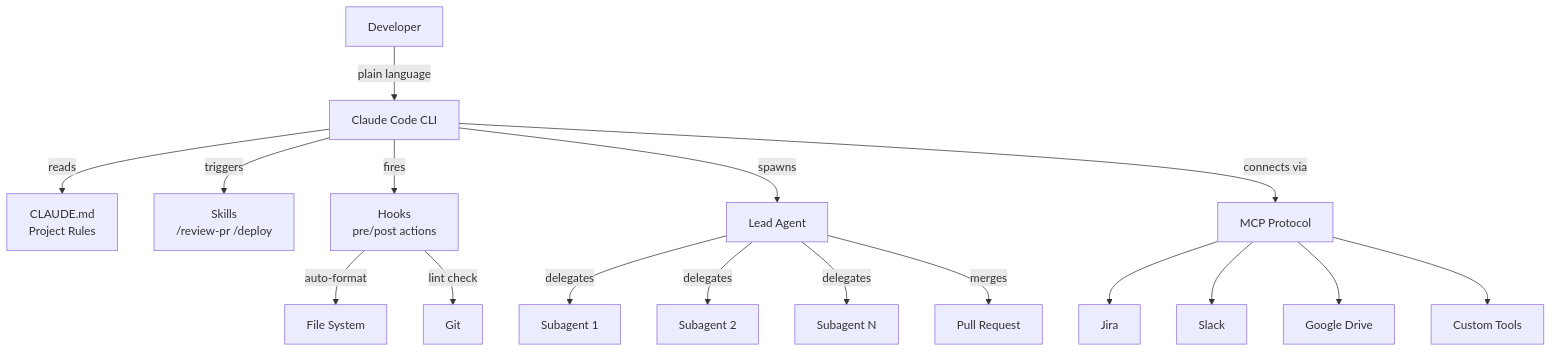
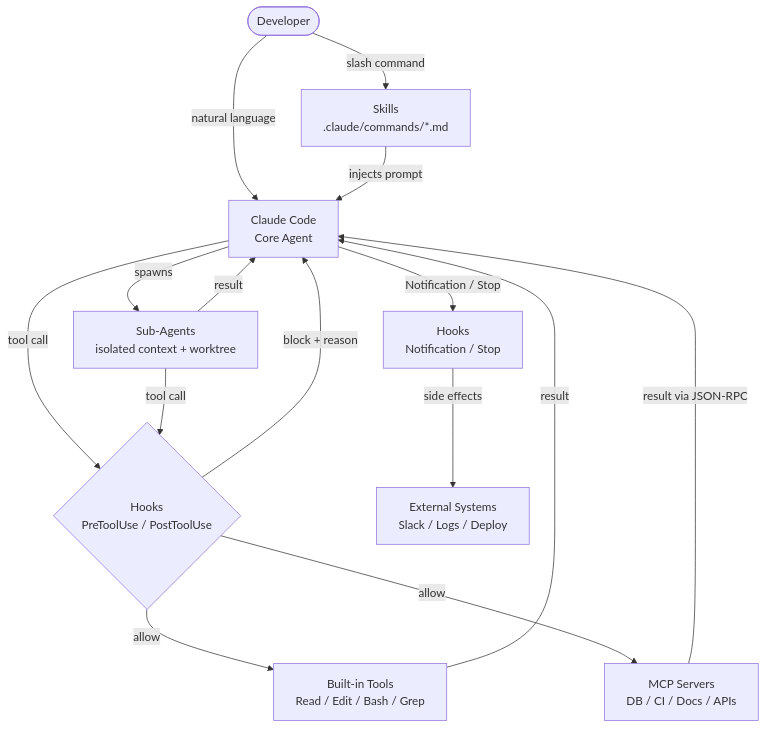
One commit to morphph/loreai-v2 changed the first of 2 diagrams in content/blog/en/claude-code-extension-stack-skills-hooks-agents-mcp.md. Above: the diagram before and after it, drawn with Mermaid. The commit also changed other lines of this file and 1 other file, not shown here.

Commit message:
📝 Topic blog: Claude Code Extension Stack: Skills, Hooks, Agents

````diff
--- a/content/blog/en/claude-code-extension-stack-skills-hooks-agents-mcp.md
+++ b/content/blog/en/claude-code-extension-stack-skills-hooks-agents-mcp.md
@@ -56,19 +37,17 @@
 ```mermaid
 graph TD
-    DEV["Developer"] -->|plain language| CLI["Claude Code CLI"]
-    CLI -->|reads| CLAUDE_MD["CLAUDE.md<br/>Project Rules"]
-    CLI -->|triggers| SKILLS["Skills<br/>/review-pr /deploy"]
-    CLI -->|fires| HOOKS["Hooks<br/>pre/post actions"]
-    CLI -->|spawns| LEAD["Lead Agent"]
-    LEAD -->|delegates| SA1["Subagent 1"]
-    LEAD -->|delegates| SA2["Subagent 2"]
-    LEAD -->|delegates| SA3["Subagent N"]
-    CLI -->|connects via| MCP["MCP Protocol"]
-    MCP --> JIRA["Jira"]
-    MCP --> SLACK["Slack"]
-    MCP --> GDRIVE["Google Drive"]
-    MCP --> CUSTOM["Custom Tools"]
-    HOOKS -->|auto-format| FS["File System"]
-    HOOKS -->|lint check| GIT["Git"]
-    LEAD -->|merges| PR["Pull Request"]
+    User(["Developer"]) -->|slash command| SK["Skills\n.claude/commands/*.md"]
+    User -->|natural language| CC["Claude Code\nCore Agent"]
+    SK -->|injects prompt| CC
+    CC -->|spawns| AG["Sub-Agents\nisolated context + worktree"]
+    CC -->|tool call| HK{"Hooks\nPreToolUse / PostToolUse"}
+    AG -->|tool call| HK
+    HK -->|allow| Tools["Built-in Tools\nRead / Edit / Bash / Grep"]
+    HK -->|allow| MCP["MCP Servers\nDB / CI / Docs / APIs"]
+    HK -->|block + reason| CC
+    Tools -->|result| CC
+    MCP -->|result via JSON-RPC| CC
+    AG -->|result| CC
+    CC -->|Notification / Stop| HK2["Hooks\nNotification / Stop"]
+    HK2 -->|side effects| EXT["External Systems\nSlack / Logs / Deploy"]
 ```
````
